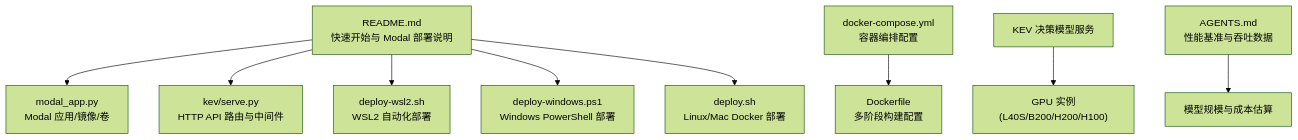
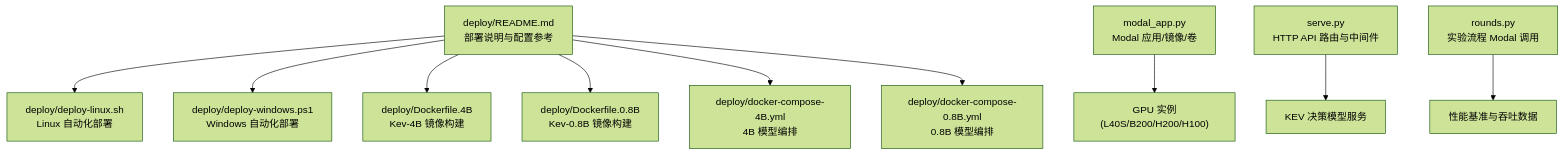
One commit to joezxh/kev changed the first of 8 diagrams in .qoder/repowiki/zh/content/部署指南/部署指南.md. Above: the diagram before and after it, drawn with Mermaid (forest theme). The commit also changed other lines of this file and 193 other files, not shown here.

````diff
--- a/.qoder/repowiki/zh/content/部署指南/部署指南.md
+++ b/.qoder/repowiki/zh/content/部署指南/部署指南.md
@@ -60,11 +61,12 @@
 ```mermaid
 graph TB
-A["README.md<br/>快速开始与 Modal 部署说明"] --> B["modal_app.py<br/>Modal 应用/镜像/卷"]
-A --> C["kev/serve.py<br/>HTTP API 路由与中间件"]
-A --> D["deploy-wsl2.sh<br/>WSL2 自动化部署"]
-A --> E["deploy-windows.ps1<br/>Windows PowerShell 部署"]
-A --> F["deploy.sh<br/>Linux/Mac Docker 部署"]
-G["docker-compose.yml<br/>容器编排配置"] --> H["Dockerfile<br/>多阶段构建配置"]
-I["KEV 决策模型服务"] --> J["GPU 实例(L40S/B200/H200/H100)"]
-K["AGENTS.md<br/>性能基准与吞吐数据"] --> L["模型规模与成本估算"]
+A["deploy/README.md<br/>部署说明与配置参考"] --> B["deploy/deploy-linux.sh<br/>Linux 自动化部署"]
+A --> C["deploy/deploy-windows.ps1<br/>Windows 自动化部署"]
+A --> D["deploy/Dockerfile.4B<br/>Kev-4B 镜像构建"]
+A --> E["deploy/Dockerfile.0.8B<br/>Kev-0.8B 镜像构建"]
+A --> F["deploy/docker-compose-4B.yml<br/>4B 模型编排"]
+A --> G["deploy/docker-compose-0.8B.yml<br/>0.8B 模型编排"]
+H["modal_app.py<br/>Modal 应用/镜像/卷"] --> I["GPU 实例(L40S/B200/H200/H100)"]
+J["serve.py<br/>HTTP API 路由与中间件"] --> K["KEV 决策模型服务"]
+L["rounds.py<br/>实验流程 Modal 调用"] --> M["性能基准与吞吐数据"]
 ```
````
